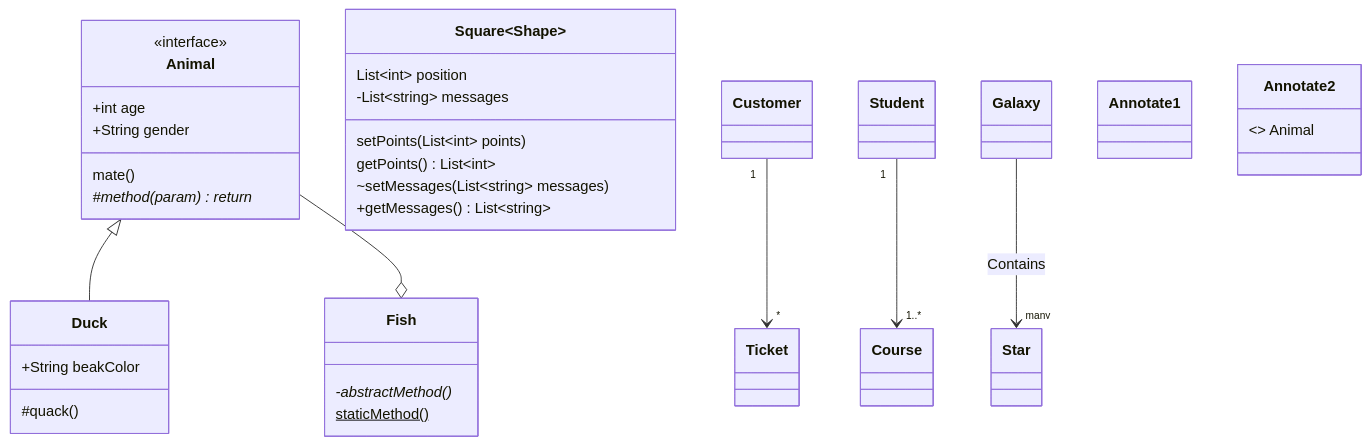
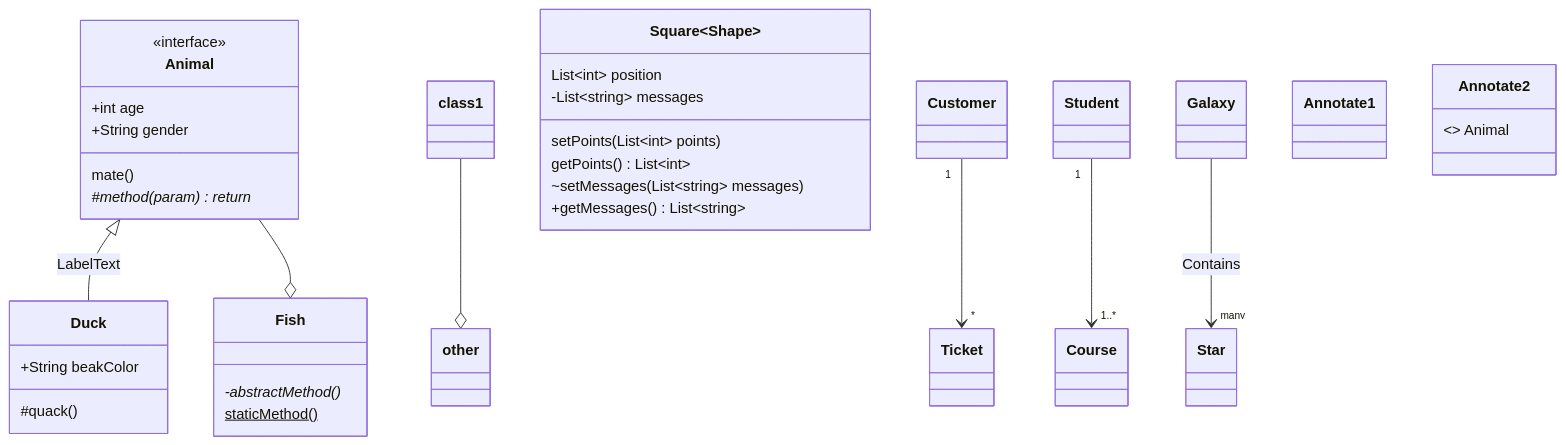
Before and after one commit to bpruitt-goddard/vscode-mermaid-syntax-highlight: the fifth of 5 diagrams in README.md, drawn with Mermaid. The commit also changed 2 other files, not shown here.

Commit message:
feat: Add class relationship support

````diff
--- a/README.md
+++ b/README.md
@@ -168,40 +168,41 @@
 ```mermaid
 classDiagram
-  Animal <|-- Duck
+  Animal <|-- Duck : LabelText
+  class1 --o other
   Animal --o Fish
   Animal : +int age
   Animal : +String gender
   Animal: mate()
   Animal : #method(param)* return
   class Duck{
       %% Class Members
       +String beakColor
       #quack()
   }
   class Fish{
       -abstractMethod()*
       staticMethod()$
   }
   %% Class member generics
   class Square~Shape~{
       List~int~ position
       setPoints(List~int~ points)
       getPoints() List~int~
   }
   Square : -List~string~ messages
   Square : ~setMessages(List~string~ messages)
   Square : +getMessages() List~string~
 
   %% Multiplicity relations
   Customer "1" --> "*" Ticket
   Student "1" --> "1..*" Course
   Galaxy --> "many" Star : Contains
 
   %% Annotations
   class Annotate1
   <<interface>> Animal
 
   class Annotate2{
     <<interface>> Animal
   }
 ```
````
